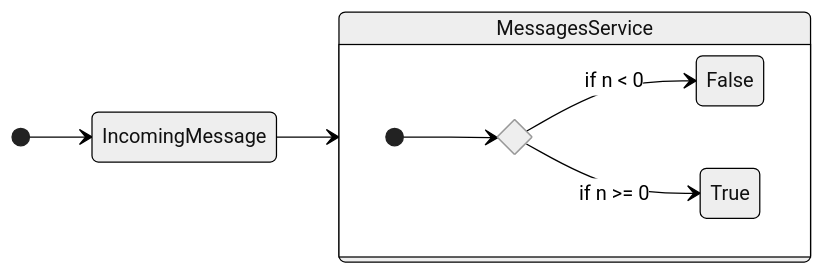
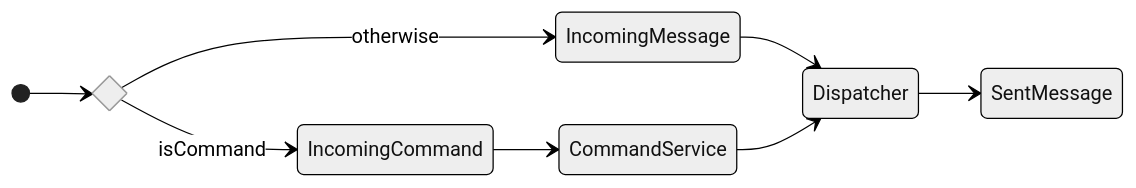
The diagram in services/api/architecture.md (jbrunton/chat-demo), drawn with Mermaid (neutral theme) before and after one commit. The commit also changed other lines of this file, not shown here.

````diff
--- a/services/api/architecture.md
+++ b/services/api/architecture.md
@@ -28,13 +30,12 @@
 ```mermaid
 stateDiagram
-    direction LR
-    [*] --> IncomingMessage
-    IncomingMessage --> MessagesService
-    state MessagesService {
-      direction LR
-      state if_state <<choice>>
-      [*] --> if_state
-      if_state --> False: if n < 0
-      if_state --> True : if n >= 0
-    }
+  direction LR
+  state if_state <<choice>>
+  [*] --> if_state
+  if_state --> IncomingCommand: isCommand
+  if_state --> IncomingMessage: otherwise
+  IncomingMessage --> Dispatcher
+  Dispatcher --> SentMessage
+  IncomingCommand --> CommandService
+  CommandService --> Dispatcher
 ```
````
